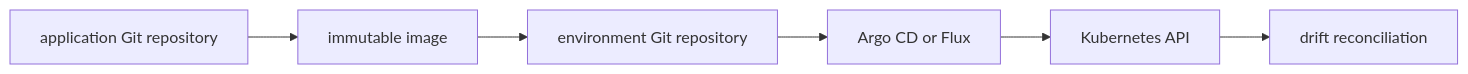
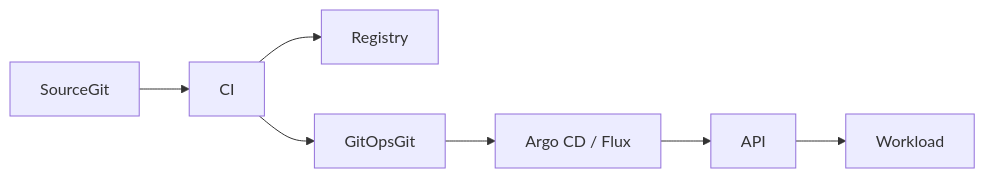
Before and after one commit to m1mohamad/devops-sre-prep: the diagram in docs/study/kubernetes/08-gitops-argo-cd-and-flux.md, drawn with Mermaid. The commit also changed other lines of this file and 106 other files, not shown here.

````diff
--- a/docs/study/kubernetes/08-gitops-argo-cd-and-flux.md
+++ b/docs/study/kubernetes/08-gitops-argo-cd-and-flux.md
@@ -15,4 +19,6 @@
 ```mermaid
 flowchart LR
-  N0[application Git repository] --> N1[immutable image] --> N2[environment Git repository] --> N3[Argo CD or Flux] --> N4[Kubernetes API] --> N5[drift reconciliation]
+  SourceGit --> CI --> Registry
+  CI --> GitOpsGit
+  GitOpsGit --> ArgoFlux[Argo CD / Flux] --> API --> Workload
 ```
````
